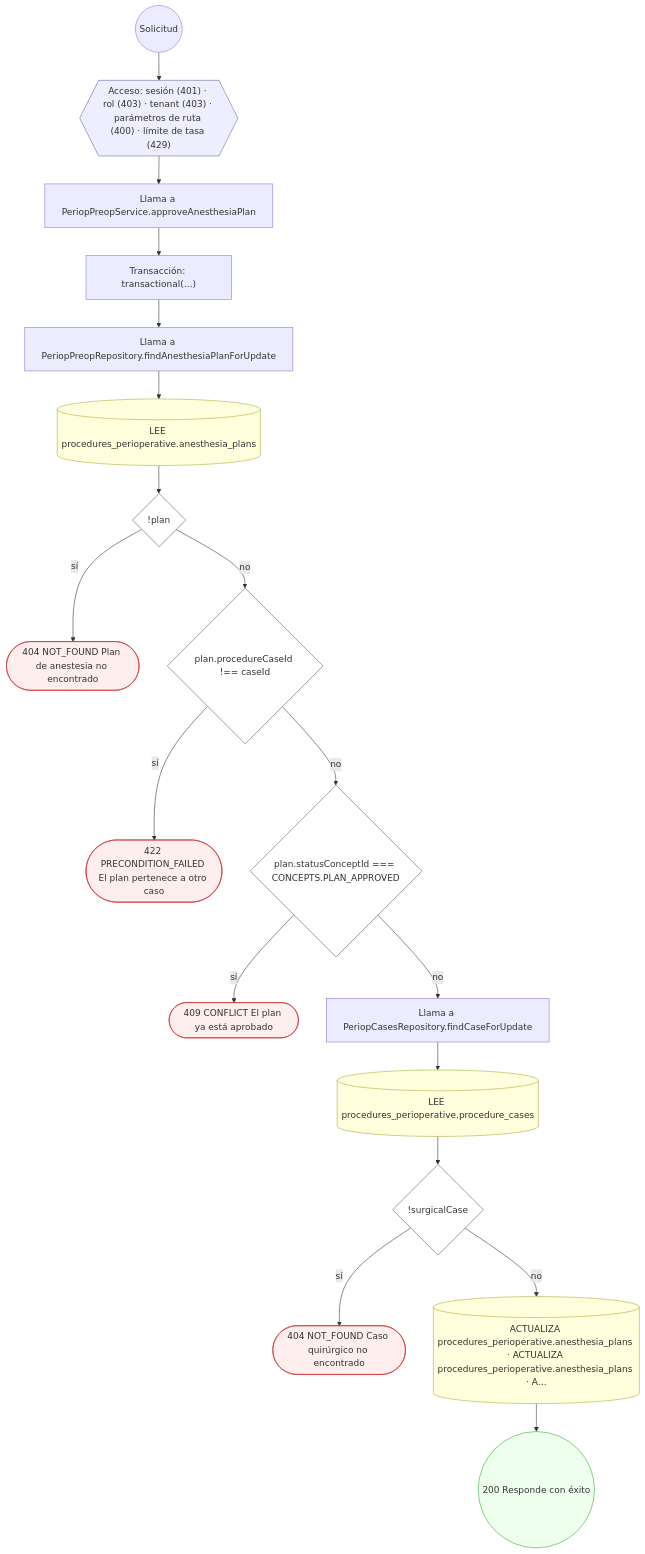
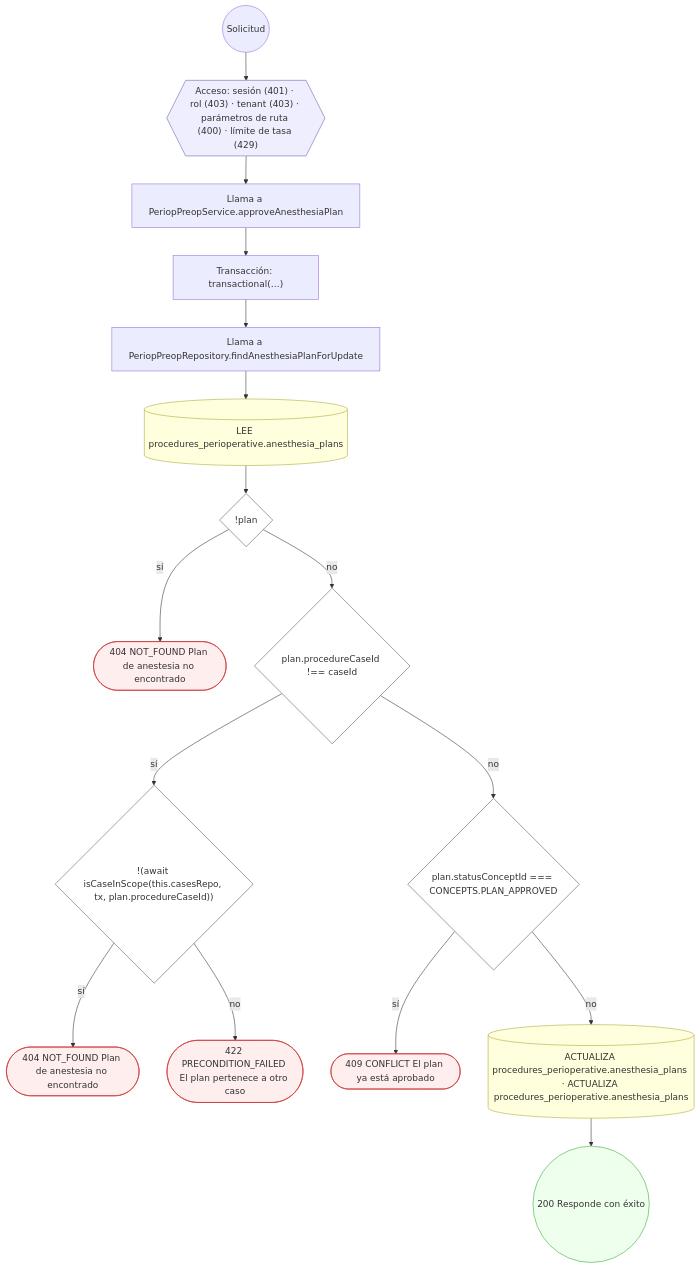
Before and after one commit to mdavila-2001/mantra-core-health-api: diagram 11 of 30 in docs/inventario/flujos/procedures_perioperative.md, drawn with Mermaid. The commit also changed other lines of this file and 438 other files, not shown here.

````diff
--- a/docs/inventario/flujos/procedures_perioperative.md
+++ b/docs/inventario/flujos/procedures_perioperative.md
@@ -1116,44 +1129,40 @@
 ```mermaid
 flowchart TD
   n1(("Solicitud")):::inicio
   n2{{"Acceso: sesión (401) · rol (403) · tenant (403) · parámetros de ruta (400) · límite de tasa (429)"}}:::acceso
   n1 --> n2
   n3["Llama a PeriopPreopService.approveAnesthesiaPlan"]:::llamada
   n2 --> n3
   n4["Transacción: transactional(…)"]:::transaccion
   n3 --> n4
   n5["Llama a PeriopPreopRepository.findAnesthesiaPlanForUpdate"]:::llamada
   n4 --> n5
   n6[("LEE procedures_perioperative.anesthesia_plans")]:::efecto
   n5 --> n6
   n7{"!plan"}:::decision
   n6 --> n7
   n8(["404 NOT_FOUND Plan de anestesia no encontrado"]):::error
   n7 -->|"sí"| n8
   n9{"plan.procedureCaseId !== caseId"}:::decision
   n7 -->|"no"| n9
-  n10(["422 PRECONDITION_FAILED El plan pertenece a otro caso"]):::error
+  n10{"!(await isCaseInScope(this.casesRepo, tx, plan.procedureCaseId))"}:::decision
   n9 -->|"sí"| n10
-  n11{"plan.statusConceptId === CONCEPTS.PLAN_APPROVED"}:::decision
-  n9 -->|"no"| n11
-  n12(["409 CONFLICT El plan ya está aprobado"]):::error
-  n11 -->|"sí"| n12
-  n13["Llama a PeriopCasesRepository.findCaseForUpdate"]:::llamada
-  n11 -->|"no"| n13
-  n14[("LEE procedures_perioperative.procedure_cases")]:::efecto
-  n13 --> n14
-  n15{"!surgicalCase"}:::decision
-  n14 --> n15
-  n16(["404 NOT_FOUND Caso quirúrgico no encontrado"]):::error
-  n15 -->|"sí"| n16
-  n17[("ACTUALIZA procedures_perioperative.anesthesia_plans · ACTUALIZA procedures_perioperative.anesthesia_plans · A…")]:::efecto
-  n15 -->|"no"| n17
-  n18(("200 Responde con éxito")):::ok
-  n17 --> n18
+  n11(["404 NOT_FOUND Plan de anestesia no encontrado"]):::error
+  n10 -->|"sí"| n11
+  n12(["422 PRECONDITION_FAILED El plan pertenece a otro caso"]):::error
+  n10 -->|"no"| n12
+  n13{"plan.statusConceptId === CONCEPTS.PLAN_APPROVED"}:::decision
+  n9 -->|"no"| n13
+  n14(["409 CONFLICT El plan ya está aprobado"]):::error
+  n13 -->|"sí"| n14
+  n15[("ACTUALIZA procedures_perioperative.anesthesia_plans · ACTUALIZA procedures_perioperative.anesthesia_plans")]:::efecto
+  n13 -->|"no"| n15
+  n16(("200 Responde con éxito")):::ok
+  n15 --> n16
   classDef acceso fill:#eef,stroke:#66a
   classDef error fill:#fee,stroke:#c33
   classDef ok fill:#efe,stroke:#3a3
   classDef efecto fill:#ffd,stroke:#aa3
   classDef decision fill:#fff,stroke:#555
   classDef corte fill:#eee,stroke:#999,stroke-dasharray: 4
 ```
````
